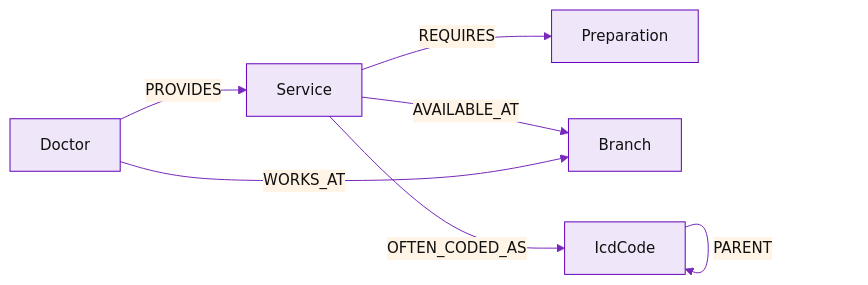
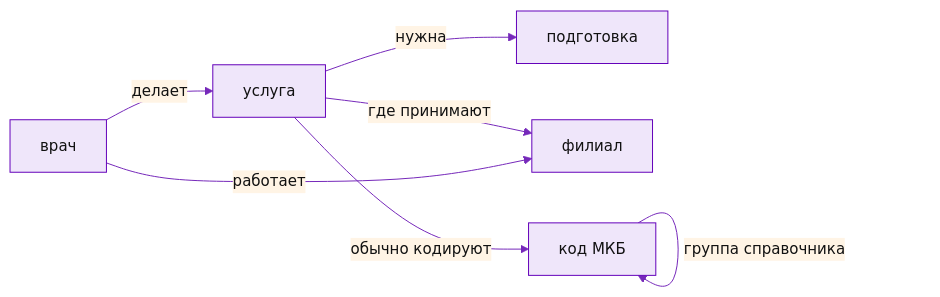
Before and after one commit to divisee/otus-ai-architect: the diagram in final-project/slides/ontology.mmd, drawn with Mermaid. The commit also changed 3 other files, not shown here.

```diff
--- a/final-project/slides/ontology.mmd
+++ b/final-project/slides/ontology.mmd
@@ -1,9 +1,9 @@
 %%{init: {'theme':'base','themeVariables':{'primaryColor':'#efe6fa','primaryTextColor':'#111111','primaryBorderColor':'#6402ba','lineColor':'#7629ba','secondaryColor':'#fff4e5','tertiaryColor':'#f4f4ff','fontFamily':'Roboto, Arial, sans-serif','fontSize':'15px','actorBkg':'#efe6fa','actorBorder':'#6402ba','actorTextColor':'#111111','signalColor':'#6402ba','signalTextColor':'#111111','noteBkgColor':'#fff4e5','noteBorderColor':'#ffab40'}}}%%
 
 flowchart LR
-    Doctor -->|PROVIDES| Service
-    Service -->|REQUIRES| Preparation
-    Service -->|AVAILABLE_AT| Branch
-    Doctor -->|WORKS_AT| Branch
-    Service -->|OFTEN_CODED_AS| IcdCode
-    IcdCode -->|PARENT| IcdCode
+    Doctor[врач] -->|делает| Service[услуга]
+    Service -->|нужна| Preparation[подготовка]
+    Service -->|где принимают| Branch[филиал]
+    Doctor -->|работает| Branch
+    Service -->|обычно кодируют| IcdCode[код МКБ]
+    IcdCode -->|группа справочника| IcdCode
```
